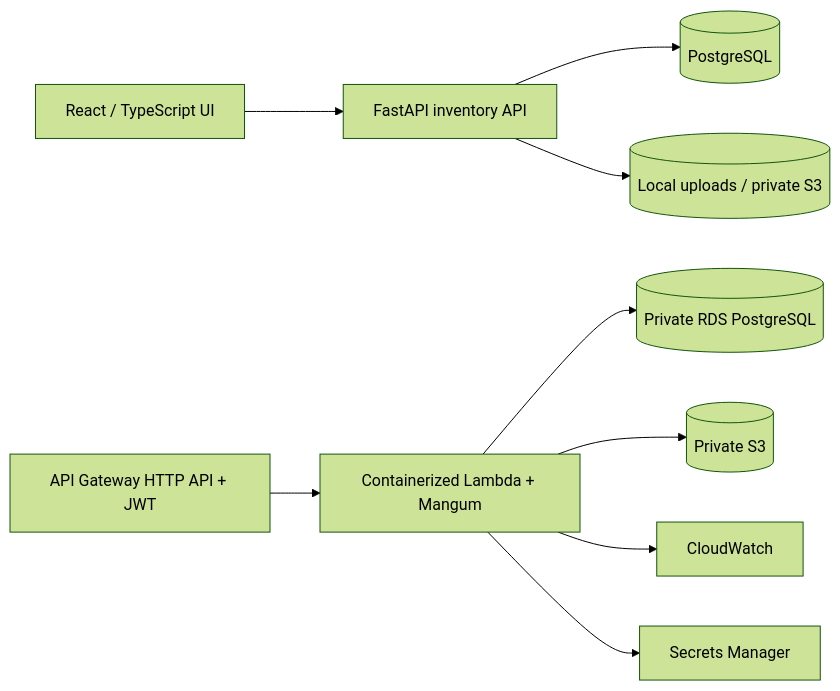
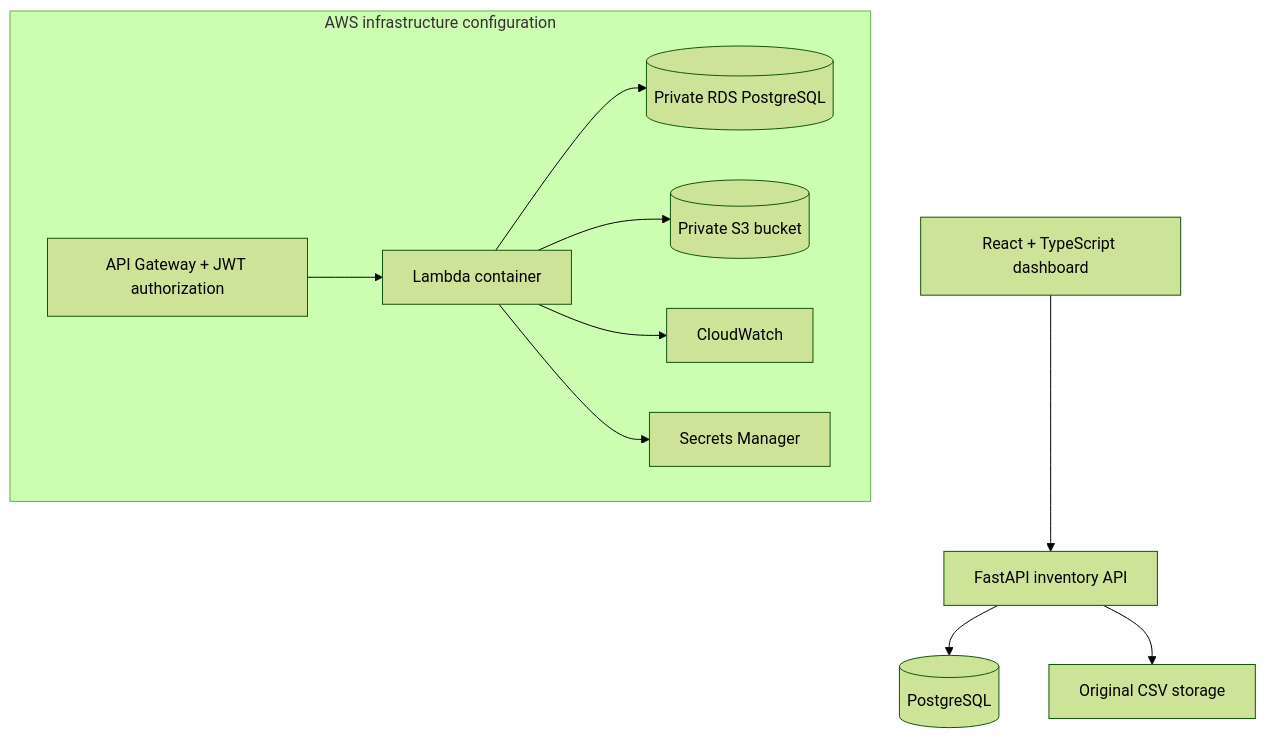
The diagram in README.md (riyaraut3/cloud-infrastructure-inventory), drawn with Mermaid (forest theme) before and after one commit. The commit also changed other lines of this file, not shown here.

````diff
--- a/README.md
+++ b/README.md
@@ -20,11 +18,13 @@
 ```mermaid
-flowchart LR
-  Browser[React / TypeScript UI] --> FastAPI[FastAPI inventory API]
-  FastAPI --> PG[(PostgreSQL)]
-  FastAPI --> Uploads[(Local uploads / private S3)]
-  Gateway[API Gateway HTTP API + JWT] --> Lambda[Containerized Lambda + Mangum]
-  Lambda --> RDS[(Private RDS PostgreSQL)]
-  Lambda --> S3[(Private S3)]
-  Lambda --> Logs[CloudWatch]
-  Lambda --> Secrets[Secrets Manager]
+flowchart TB
+  UI[React + TypeScript dashboard] --> API[FastAPI inventory API]
+  API --> DB[(PostgreSQL)]
+  API --> STORE[Original CSV storage]
+  subgraph AWS infrastructure configuration
+    GW[API Gateway + JWT authorization] --> FN[Lambda container]
+    FN --> RDS[(Private RDS PostgreSQL)]
+    FN --> S3[(Private S3 bucket)]
+    FN --> CW[CloudWatch]
+    FN --> SM[Secrets Manager]
+  end
 ```
````
